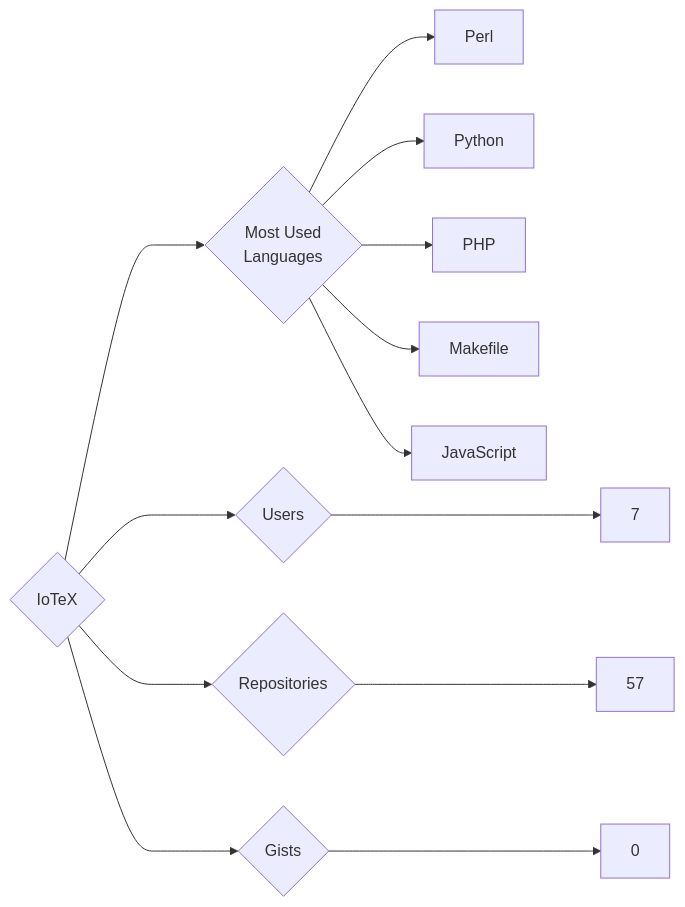
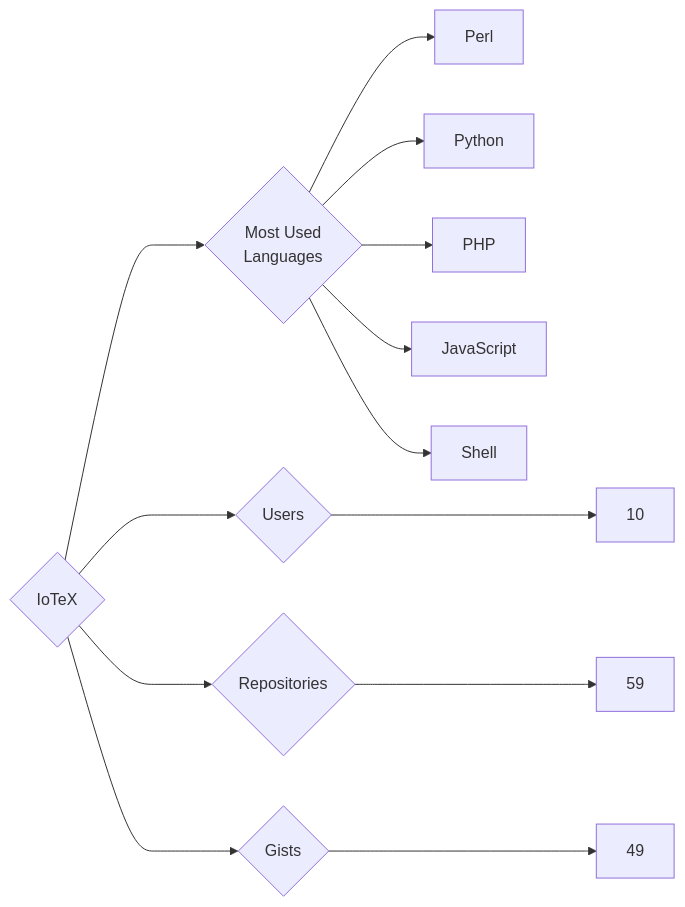
Before and after one commit to trickest/insiders: the diagram in targets/IoTeX/README.md, drawn with Mermaid. The commit also changed 1030 other files, not shown here.

````diff
--- a/targets/IoTeX/README.md
+++ b/targets/IoTeX/README.md
@@ -3,13 +3,13 @@
 ```mermaid
 graph LR
 COMPANY_NAME{IoTeX}
-COMPANY_NAME ---> U{Users} ---> UN[7]
-COMPANY_NAME ---> R{Repositories} ---> RN[57]
-COMPANY_NAME ---> G{Gists} ---> GN[0]
+COMPANY_NAME ---> U{Users} ---> UN[10]
+COMPANY_NAME ---> R{Repositories} ---> RN[59]
+COMPANY_NAME ---> G{Gists} ---> GN[49]
 COMPANY_NAME ---> ML{Most Used<br>Languages}
 ML --> Perl[Perl]
 ML --> Python[Python]
 ML --> PHP[PHP]
-ML --> Makefile[Makefile]
 ML --> JavaScript[JavaScript]
+ML --> Shell[Shell]
 ```
````
